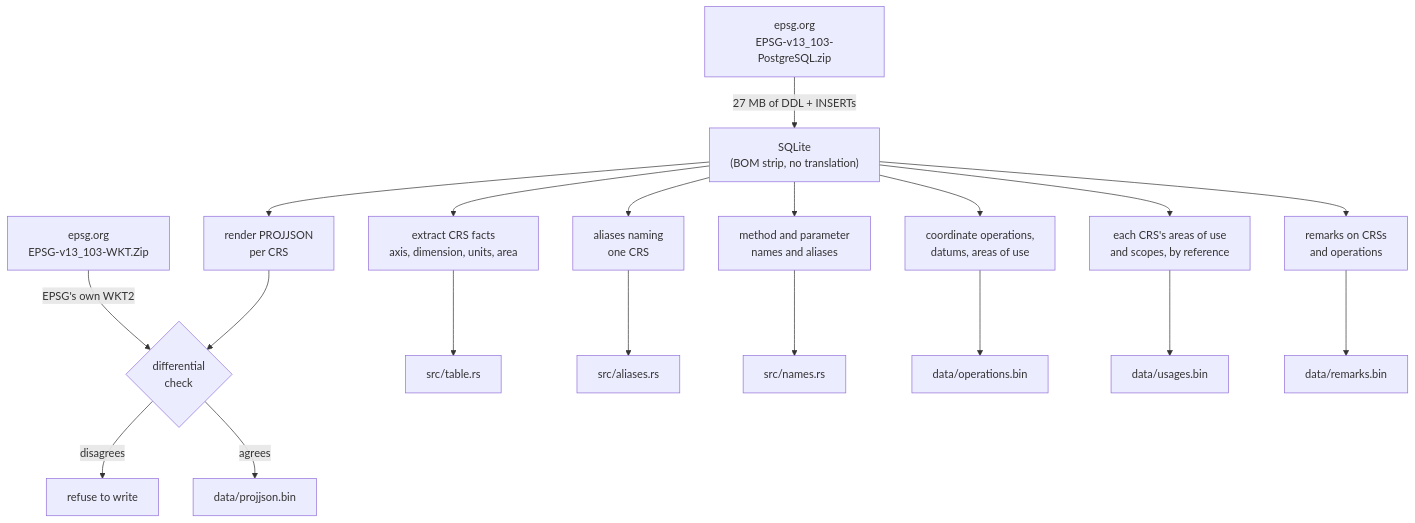
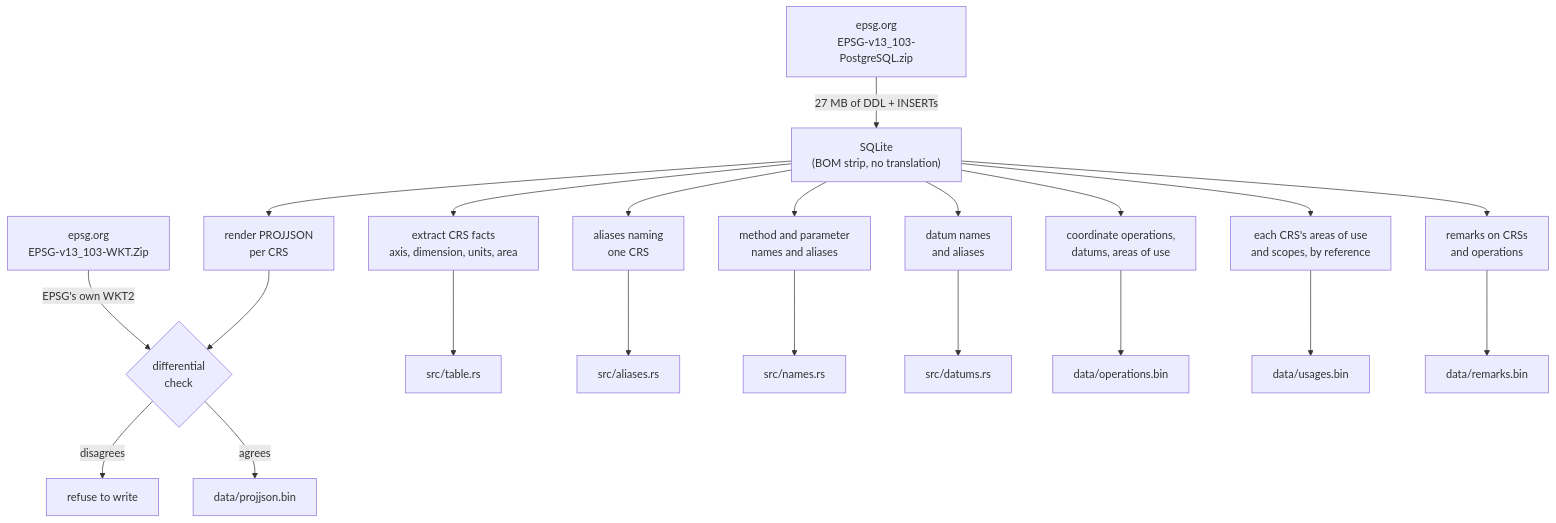
The diagram in crates/xeibe-crs/README.md (ttomasz/xeibe), drawn with Mermaid before and after one commit. The commit also changed other lines of this file and 22 other files, not shown here.

````diff
--- a/crates/xeibe-crs/README.md
+++ b/crates/xeibe-crs/README.md
@@ -31,16 +31,17 @@
 ```mermaid
 flowchart TD
     A["epsg.org<br/>EPSG-v13_103-PostgreSQL.zip"] -->|"27 MB of DDL + INSERTs"| B["SQLite<br/>(BOM strip, no translation)"]
     B --> C["render PROJJSON<br/>per CRS"]
     B --> D["extract CRS facts<br/>axis, dimension, units, area"]
     E["epsg.org<br/>EPSG-v13_103-WKT.Zip"] -->|"EPSG's own WKT2"| F{"differential<br/>check"}
     C --> F
     F -->|"disagrees"| G["refuse to write"]
     F -->|"agrees"| H["data/projjson.bin"]
     D --> I["src/table.rs"]
     B --> J["aliases naming<br/>one CRS"] --> K["src/aliases.rs"]
     B --> R["method and parameter<br/>names and aliases"] --> S["src/names.rs"]
+    B --> T["datum names<br/>and aliases"] --> U["src/datums.rs"]
     B --> L["coordinate operations,<br/>datums, areas of use"] --> M["data/operations.bin"]
     B --> N["each CRS's areas of use<br/>and scopes, by reference"] --> O["data/usages.bin"]
     B --> P["remarks on CRSs<br/>and operations"] --> Q["data/remarks.bin"]
 ```
````
